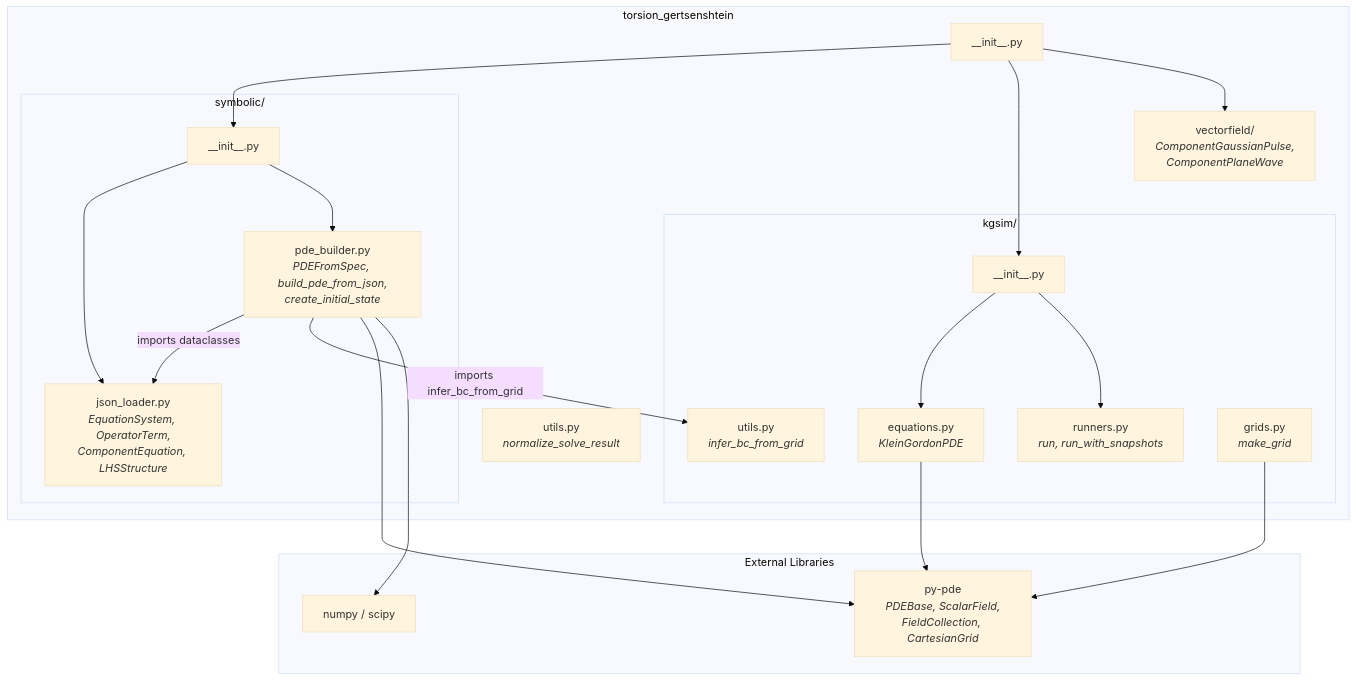
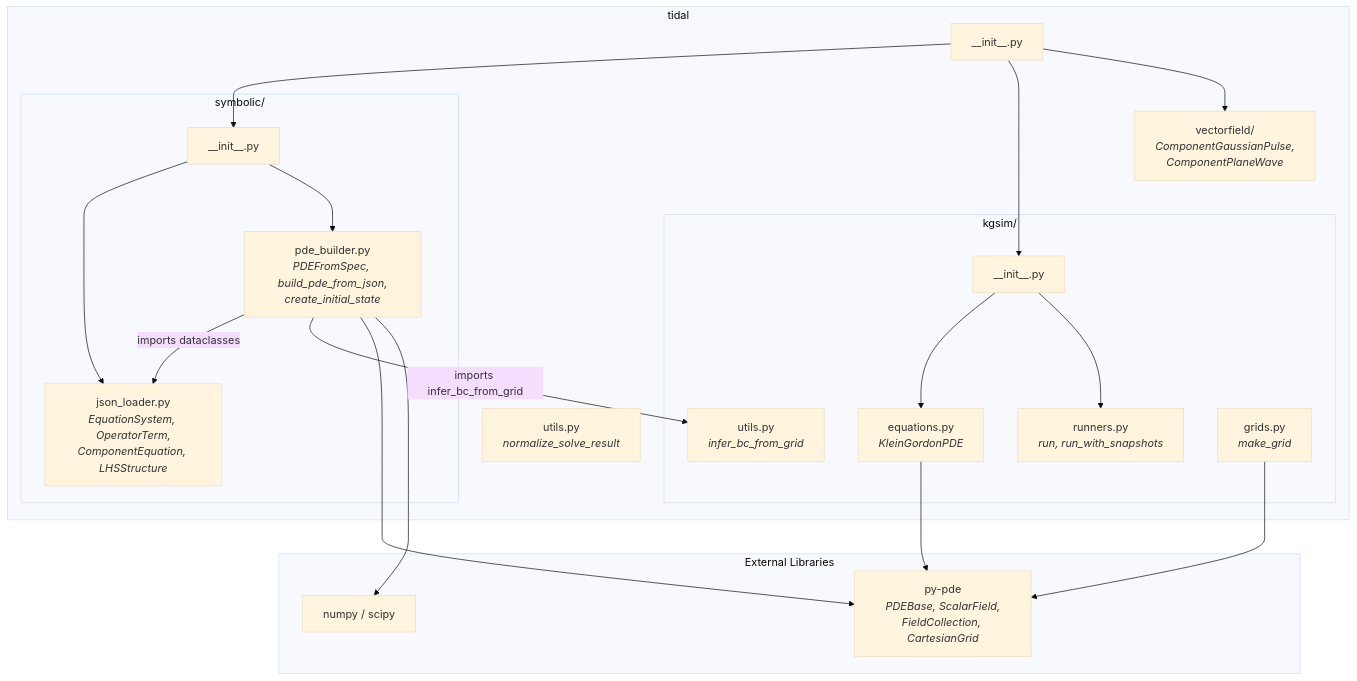
Before and after one commit to WilliamRoyce/tidal: the second of 5 diagrams in docs/architecture/README.md, drawn with Mermaid (base theme). The commit also changed other lines of this file and 15 other files, not shown here.

````diff
--- a/docs/architecture/README.md
+++ b/docs/architecture/README.md
@@ -65,43 +65,43 @@
 ```mermaid
 flowchart TD
-    subgraph pkg["torsion_gertsenshtein"]
+    subgraph pkg["tidal"]
         init["__init__.py"]
 
         subgraph sym["symbolic/"]
             sinit["__init__.py"]
             jl["json_loader.py<br/><i>EquationSystem, OperatorTerm,<br/>ComponentEquation, LHSStructure</i>"]
             pb["pde_builder.py<br/><i>PDEFromSpec, build_pde_from_json,<br/>create_initial_state</i>"]
         end
 
         subgraph kg["kgsim/"]
             kinit["__init__.py"]
             keq["equations.py<br/><i>KleinGordonPDE</i>"]
             kutil["utils.py<br/><i>infer_bc_from_grid</i>"]
             krun["runners.py<br/><i>run, run_with_snapshots</i>"]
             kgrid["grids.py<br/><i>make_grid</i>"]
         end
 
         vf["vectorfield/<br/><i>ComponentGaussianPulse,<br/>ComponentPlaneWave</i>"]
         utils["utils.py<br/><i>normalize_solve_result</i>"]
     end
 
     init --> sinit
     init --> kinit
     init --> vf
     sinit --> jl
     sinit --> pb
     pb -- "imports dataclasses" --> jl
     pb -- "imports infer_bc_from_grid" --> kutil
     kinit --> keq
     kinit --> krun
 
     subgraph ext["External Libraries"]
         pypde["py-pde<br/><i>PDEBase, ScalarField,<br/>FieldCollection, CartesianGrid</i>"]
         numpy["numpy / scipy"]
     end
 
     pb --> pypde
     pb --> numpy
     keq --> pypde
     kgrid --> pypde
 ```
````
